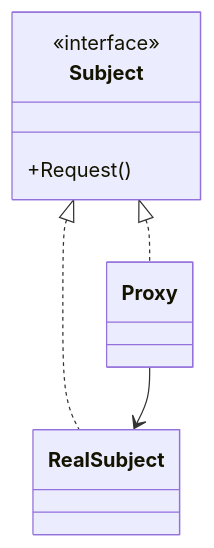
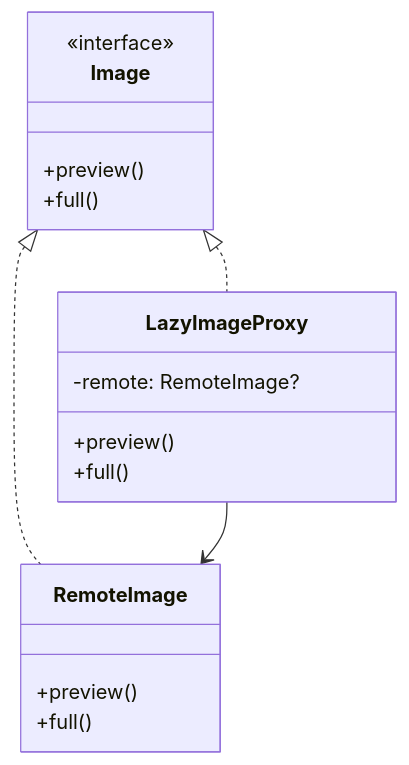
The seventh of 16 diagrams in lectures/Lec6/vitepress.md (Kert0n/KPO), drawn with Mermaid before and after one commit. The commit also changed other lines of this file and 9 other files, not shown here.

````diff
--- a/lectures/Lec6/vitepress.md
+++ b/lectures/Lec6/vitepress.md
@@ -229,12 +578,21 @@
 ```mermaid
 classDiagram
-    class Subject {
-        <<interface>>
-        +Request()
-    }
-    class RealSubject
-    class Proxy
-    Subject <|.. RealSubject
-    Subject <|.. Proxy
-    Proxy --> RealSubject
+  class Image {
+    <<interface>>
+    +preview()
+    +full()
+  }
+  class RemoteImage {
+    +preview()
+    +full()
+  }
+  class LazyImageProxy {
+    -remote: RemoteImage?
+    +preview()
+    +full()
+  }
+
+  Image <|.. RemoteImage
+  Image <|.. LazyImageProxy
+  LazyImageProxy --> RemoteImage
 ```
````
